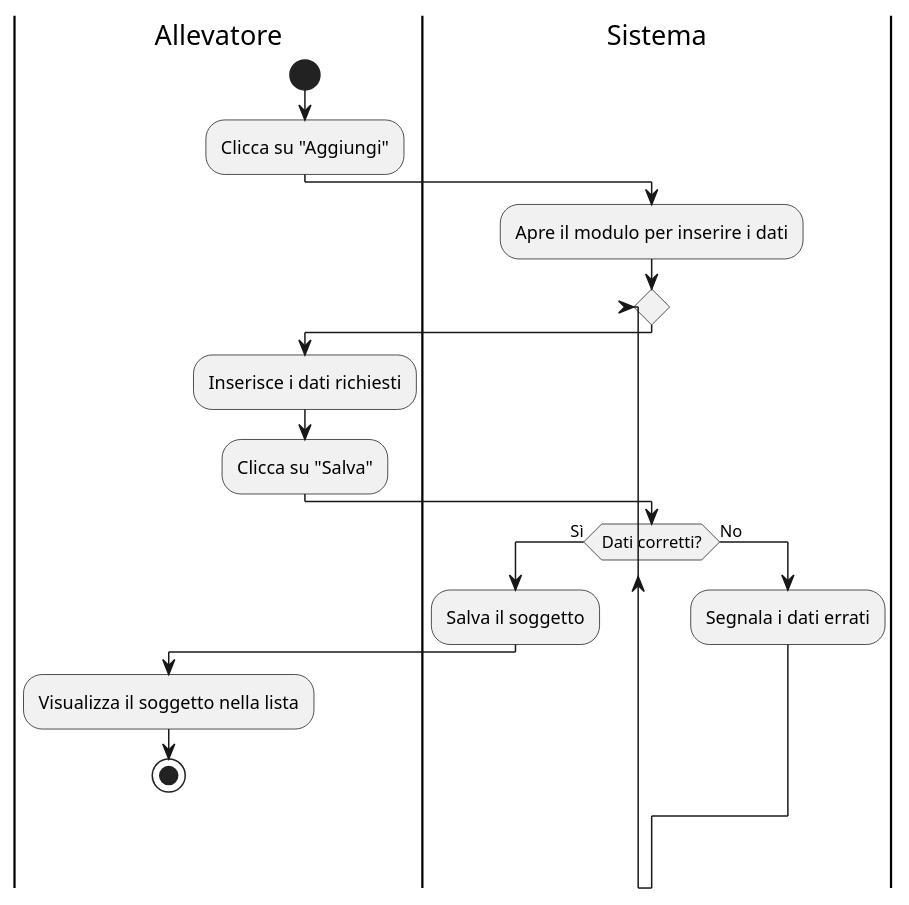
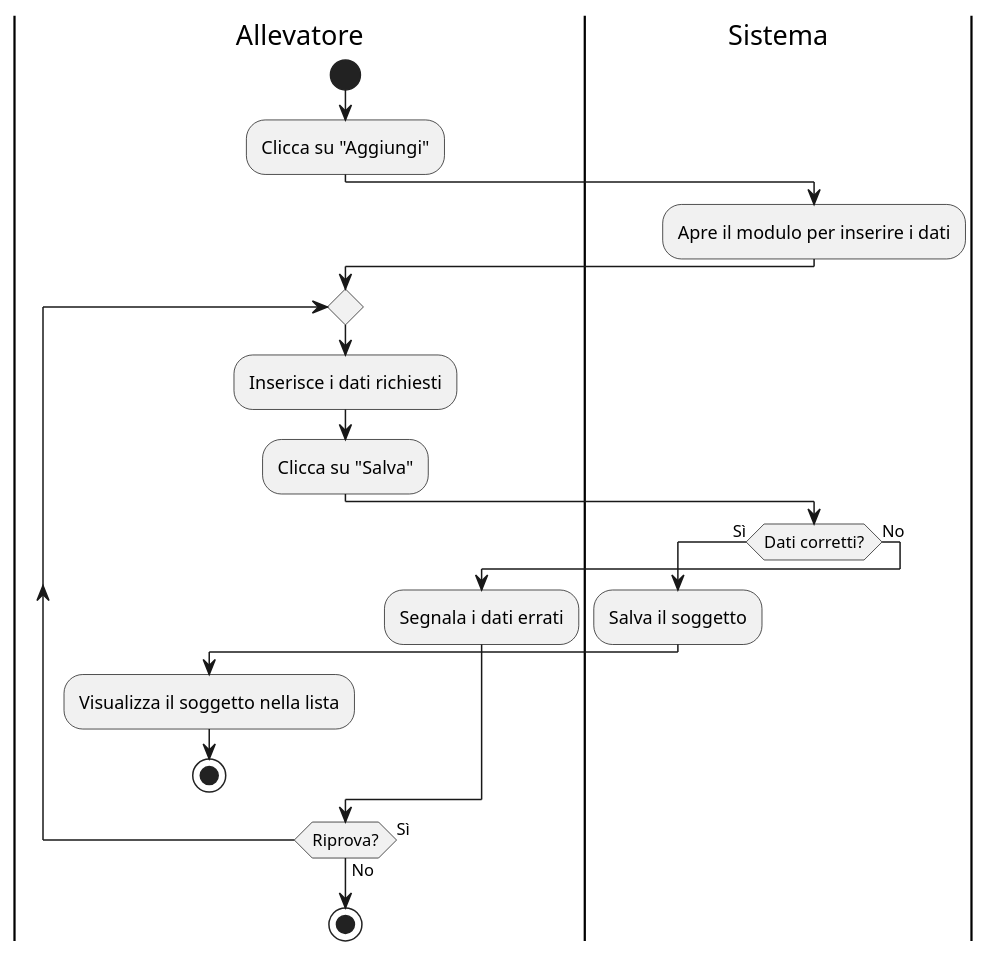
One commit to cristiancundari/birdbase changed the fifth of 27 diagrams in docs/sezioni/usecases/2_activitydiagrams.md. Above: the diagram before and after it, drawn with PlantUML. The commit also changed other lines of this file and 4 other files, not shown here.

````diff
--- a/docs/sezioni/usecases/2_activitydiagrams.md
+++ b/docs/sezioni/usecases/2_activitydiagrams.md
@@ -88,23 +117,25 @@
 ```plantuml
 @startuml
-    |Allevatore|
-    start
-    :Clicca su "Aggiungi";
-    |Sistema|
-    :Apre il modulo per inserire i dati;
-    repeat
-    |Allevatore|
+|Allevatore|
+start
+:Clicca su "Aggiungi";
+|Sistema|
+:Apre il modulo per inserire i dati;
+|Allevatore|
+repeat
     :Inserisce i dati richiesti;
     :Clicca su "Salva";
-
     |Sistema|
     if (Dati corretti?) then (Sì)
         :Salva il soggetto;
         |Allevatore|
         :Visualizza il soggetto nella lista;
         stop
     else (No)
-        |Sistema|
         :Segnala i dati errati;
+        |Allevatore|
+    endif
+repeat while (Riprova?) is (Sì) not (No)
+stop
 @enduml
 ```
````
